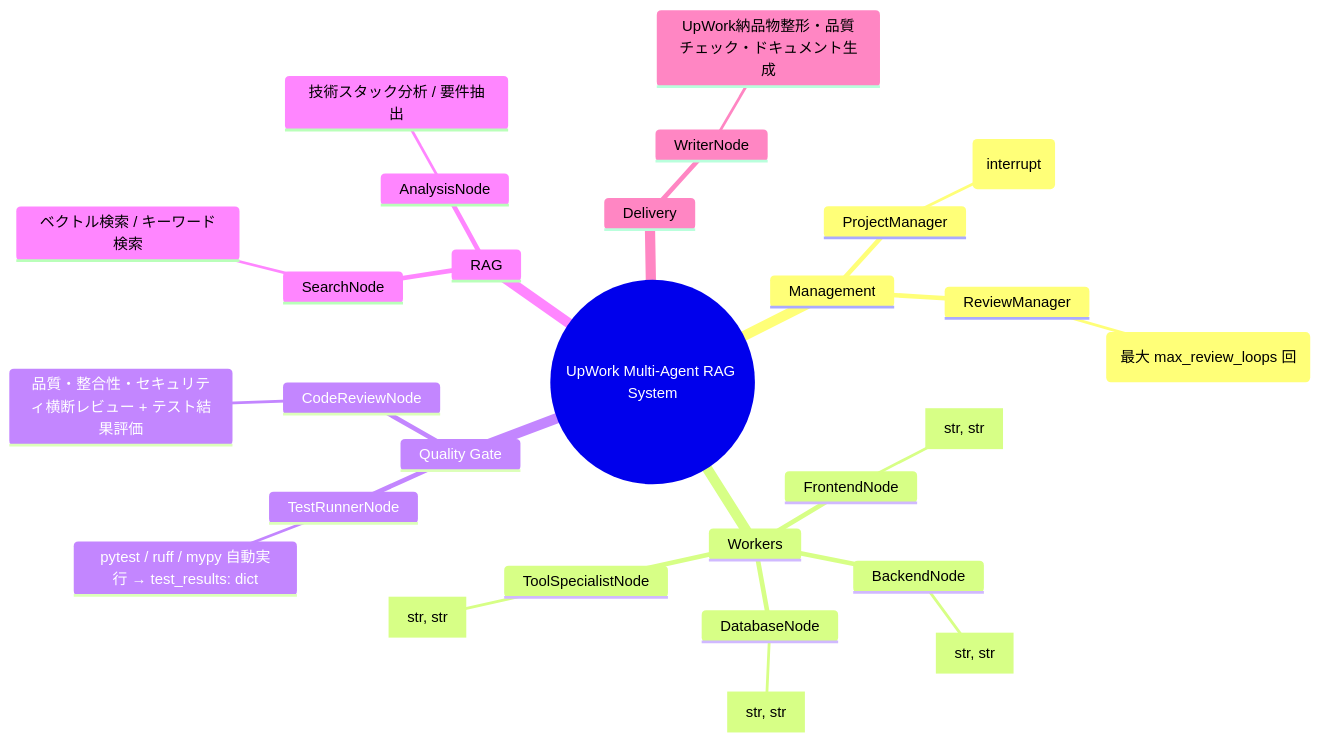
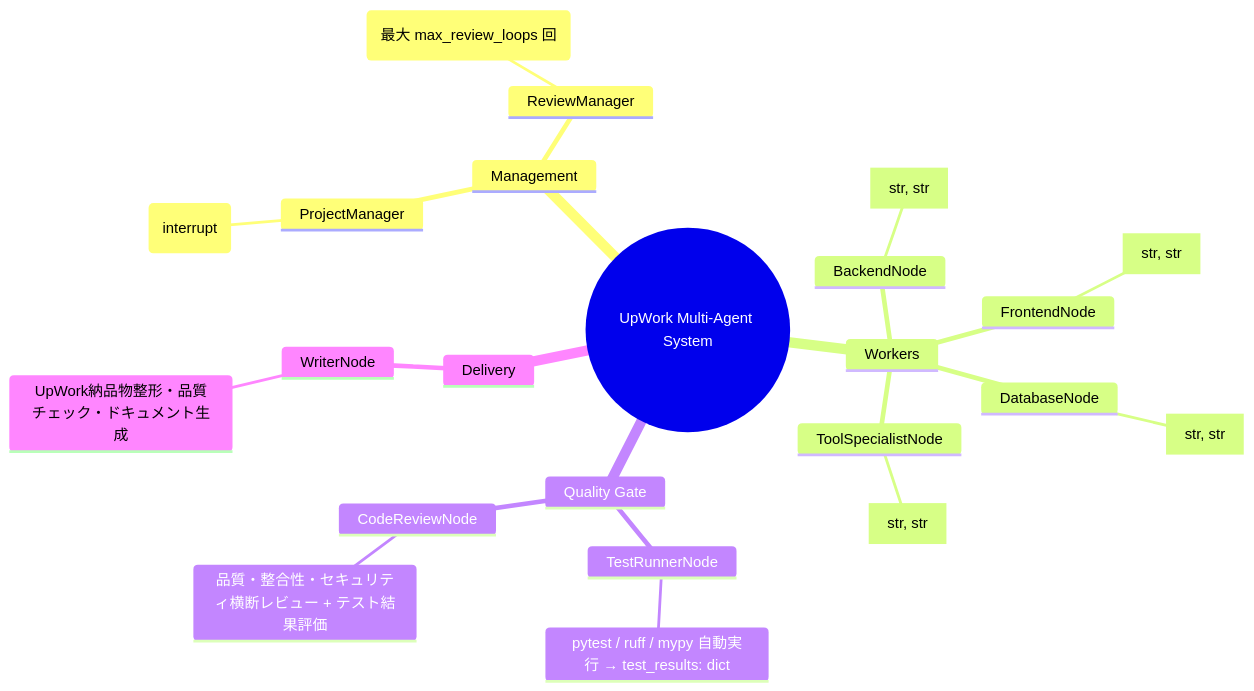
The third of 4 diagrams in docs/architecture.md (BBQ-Meat999/test-BBQ), drawn with Mermaid before and after one commit. The commit also changed other lines of this file and 12 other files, not shown here.

````diff
--- a/docs/architecture.md
+++ b/docs/architecture.md
@@ -120,31 +111,26 @@
 ```mermaid
 mindmap
-  root((UpWork Multi-Agent RAG System))
+  root((UpWork Multi-Agent System))
     Management
       ProjectManager
         仕様解析・作業計画・担当割当・指示生成 / Human-in-the-loop (interrupt)
       ReviewManager
         レビュー結果解析・修正指示生成・ループ制御 (最大 max_review_loops 回)
     Workers
       BackendNode
         Python / FastAPI / pytest → backend_files: dict[str, str]
       FrontendNode
         React / TypeScript / CSS → frontend_files: dict[str, str]
       DatabaseNode
         SQLAlchemy / Alembic / ERD → database_files: dict[str, str]
       ToolSpecialistNode
         共有ユーティリティ実装 → tool_spec_files: dict[str, str]
     Quality Gate
       TestRunnerNode
         pytest / ruff / mypy 自動実行 → test_results: dict
       CodeReviewNode
         品質・整合性・セキュリティ横断レビュー + テスト結果評価
-    RAG
-      SearchNode
-        ベクトル検索 / キーワード検索
-      AnalysisNode
-        技術スタック分析 / 要件抽出
     Delivery
       WriterNode
         UpWork納品物整形・品質チェック・ドキュメント生成
 ```
````
